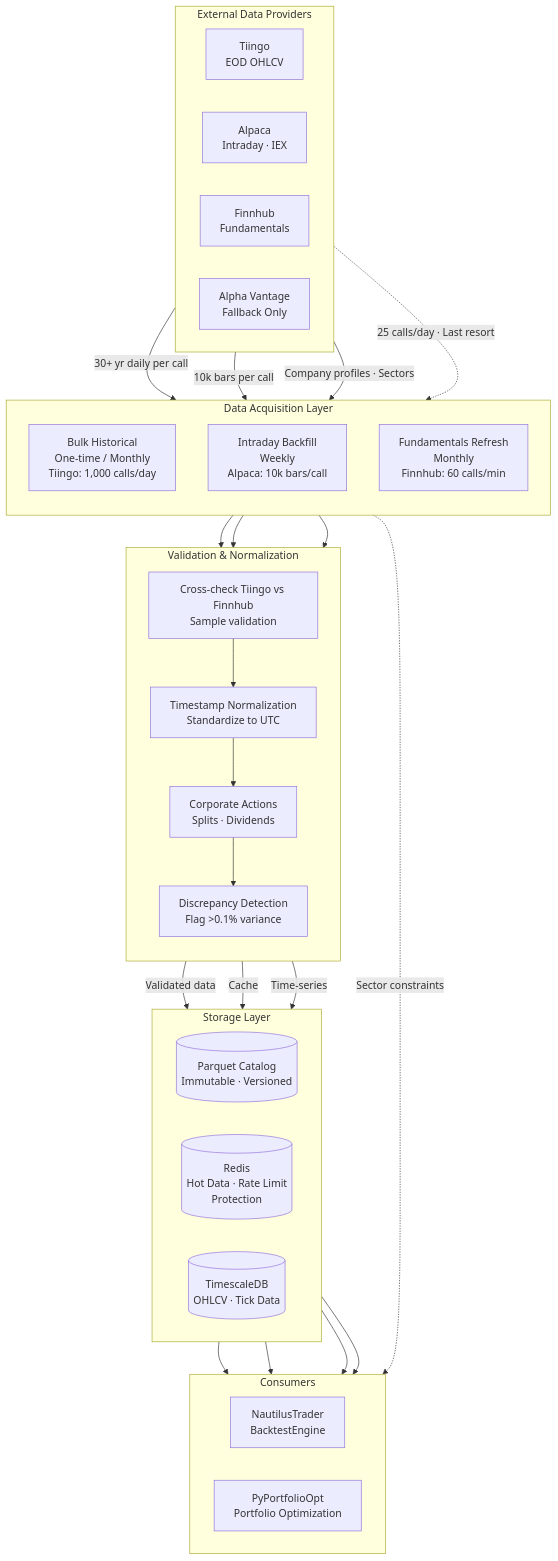
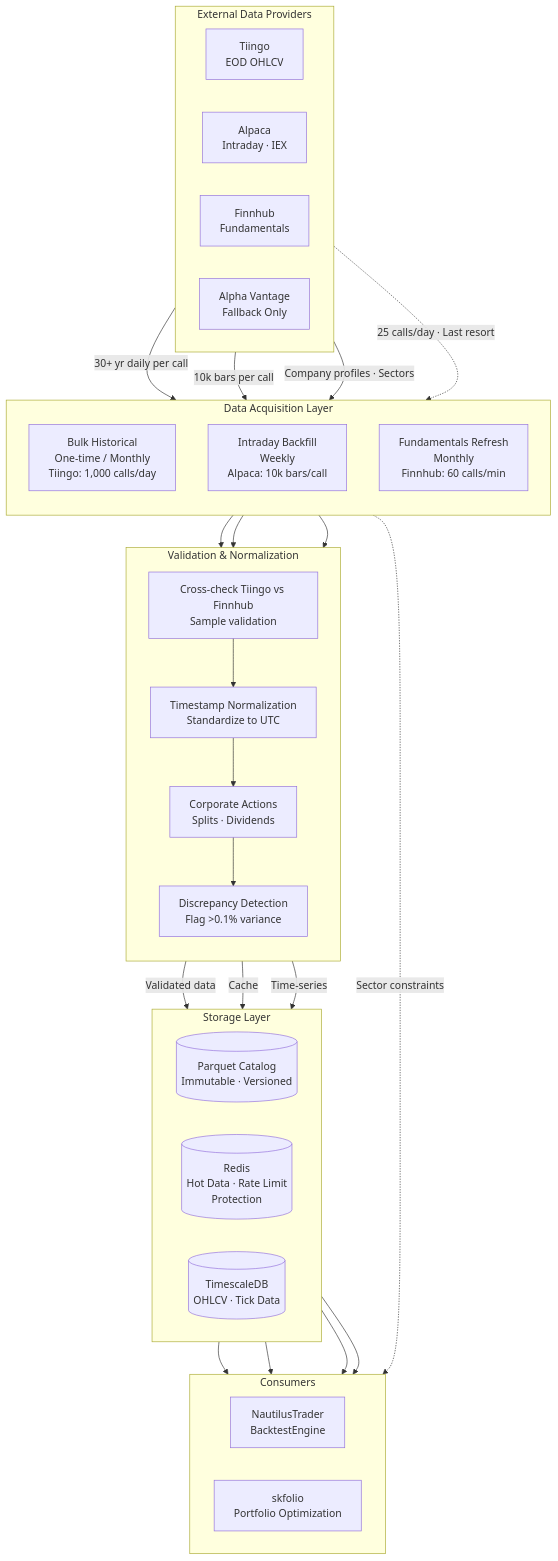
Before and after one commit to huydhoang/quantlens-docs: the second of 4 diagrams in data_providers.md, drawn with Mermaid. The commit also changed other lines of this file and 8 other files, not shown here.

Commit message:
docs: switch portfolio optimization decision to skfolio

````diff
--- a/data_providers.md
+++ b/data_providers.md
@@ -168,60 +168,60 @@
 ```mermaid
 flowchart TB
     subgraph Providers["External Data Providers"]
         direction LR
         T[Tiingo<br/>EOD OHLCV]
         A[Alpaca<br/>Intraday · IEX]
         F[Finnhub<br/>Fundamentals]
         AV[Alpha Vantage<br/>Fallback Only]
     end
 
     subgraph Acquisition["Data Acquisition Layer"]
         direction TB
         BULK["Bulk Historical<br/>One-time / Monthly<br/>Tiingo: 1,000 calls/day"]
         INTRA["Intraday Backfill<br/>Weekly<br/>Alpaca: 10k bars/call"]
         FUND["Fundamentals Refresh<br/>Monthly<br/>Finnhub: 60 calls/min"]
     end
 
     subgraph Validation["Validation & Normalization"]
         direction TB
         CROSS["Cross-check Tiingo vs Finnhub<br/>Sample validation"]
         NORM["Timestamp Normalization<br/>Standardize to UTC"]
         CORP["Corporate Actions<br/>Splits · Dividends"]
         FLAG["Discrepancy Detection<br/>Flag >0.1% variance"]
     end
 
     subgraph Storage["Storage Layer"]
         direction LR
         PARQ[(Parquet Catalog<br/>Immutable · Versioned)]
         REDIS[(Redis<br/>Hot Data · Rate Limit<br/>Protection)]
         TSDB[(TimescaleDB<br/>OHLCV · Tick Data)]
     end
 
     subgraph Consumers["Consumers"]
         direction LR
         NT[NautilusTrader<br/>BacktestEngine]
-        PPO[PyPortfolioOpt<br/>Portfolio Optimization]
+        PPO[skfolio<br/>Portfolio Optimization]
     end
 
     T -->|"30+ yr daily per call"| BULK
     A -->|"10k bars per call"| INTRA
     F -->|"Company profiles · Sectors"| FUND
     AV -.->|"25 calls/day · Last resort"| BULK
 
     BULK --> CROSS
     INTRA --> CROSS
     FUND --> NORM
     CROSS --> NORM
     NORM --> CORP
     CORP --> FLAG
 
     FLAG -->|"Validated data"| PARQ
     FLAG -->|"Cache"| REDIS
     FLAG -->|"Time-series"| TSDB
 
     PARQ --> NT
     PARQ --> PPO
     REDIS --> NT
     TSDB --> NT
     FUND -.->|"Sector constraints"| PPO
 ```
````
